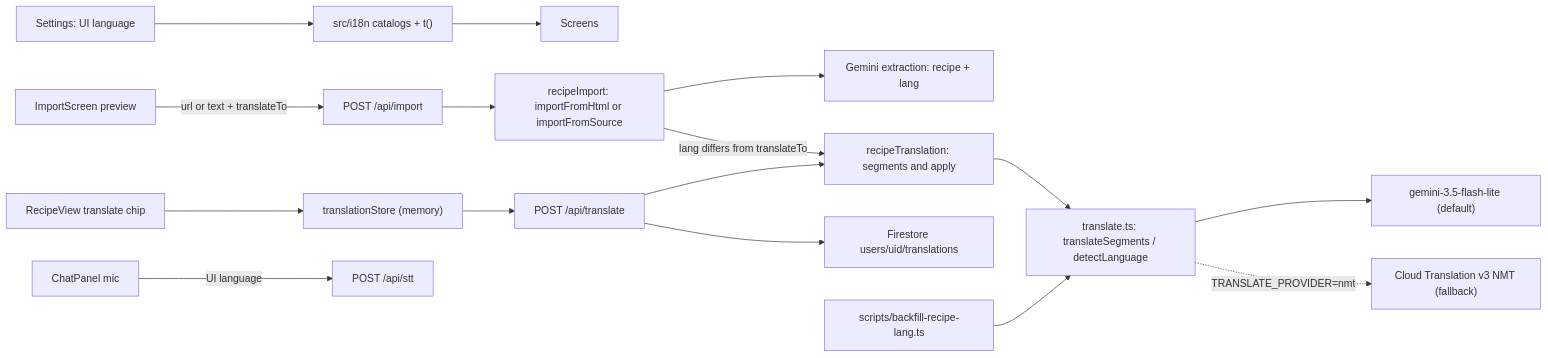
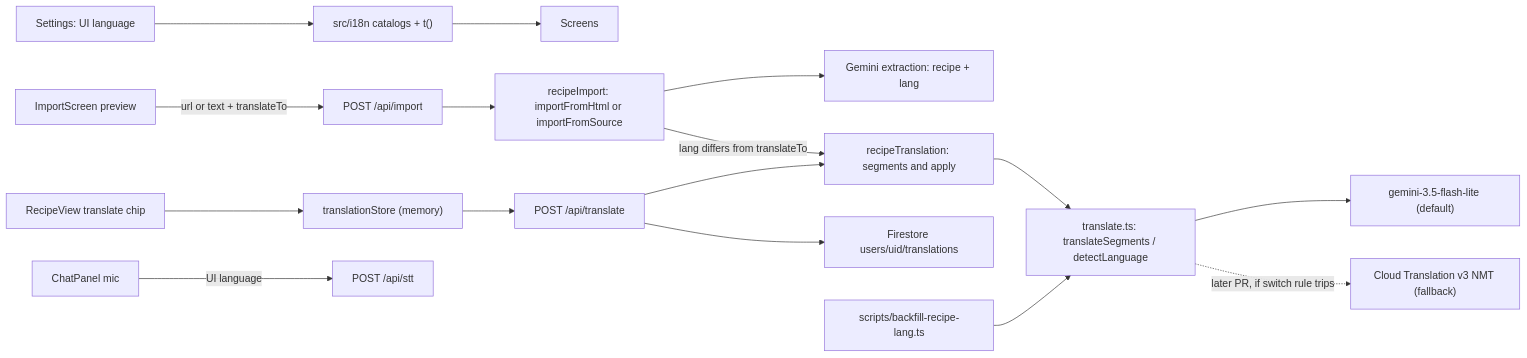
One commit to Bluefire2/cook changed the diagram in docs/plans/i18n.md. Above: the diagram before and after it, drawn with Mermaid. The commit also changed other lines of this file and 1 other file, not shown here.

Commit message:
i18n plan: fold in final review (shared lang helpers, sourceLang preview state, bare zh, Gemini-only provider, html lang, full language picker, STT header, transactional cache deletion, read-only review, extension privacy)

````diff
--- a/docs/plans/i18n.md
+++ b/docs/plans/i18n.md
@@ -269,18 +282,18 @@
 ```mermaid
 flowchart LR
   Settings["Settings: UI language"] --> I18n["src/i18n catalogs + t()"]
   I18n --> Screens
   ImportScreen["ImportScreen preview"] -->|"url or text + translateTo"| ImportRoute["POST /api/import"]
   ImportRoute --> Pipeline["recipeImport: importFromHtml or importFromSource"]
   Pipeline --> Extract["Gemini extraction: recipe + lang"]
   Pipeline -->|"lang differs from translateTo"| Segments["recipeTranslation: segments and apply"]
   View["RecipeView translate chip"] --> TStore["translationStore (memory)"]
   TStore --> TApi["POST /api/translate"]
   TApi --> Cache["Firestore users/uid/translations"]
   TApi --> Segments
   Segments --> Translator["translate.ts: translateSegments / detectLanguage"]
   Translator --> GeminiT["gemini-3.5-flash-lite (default)"]
-  Translator -.->|"TRANSLATE_PROVIDER=nmt"| NMT["Cloud Translation v3 NMT (fallback)"]
+  Translator -.->|"later PR, if switch rule trips"| NMT["Cloud Translation v3 NMT (fallback)"]
   Backfill["scripts/backfill-recipe-lang.ts"] --> Translator
   Mic["ChatPanel mic"] -->|"UI language"| Stt["POST /api/stt"]
 ```
````
